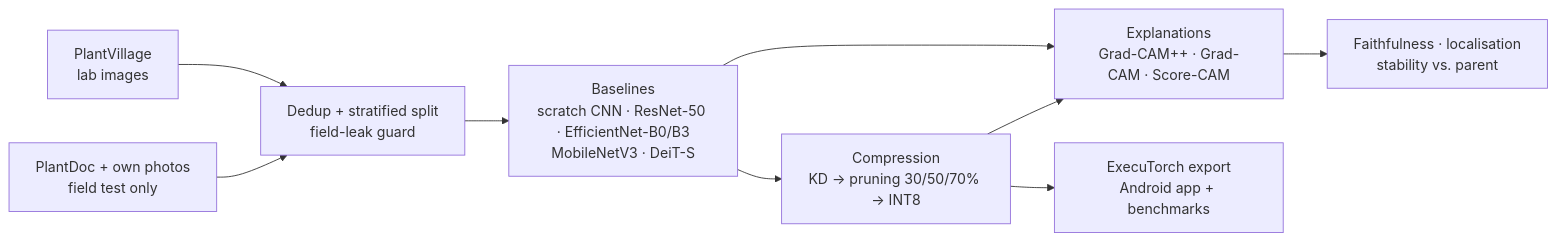
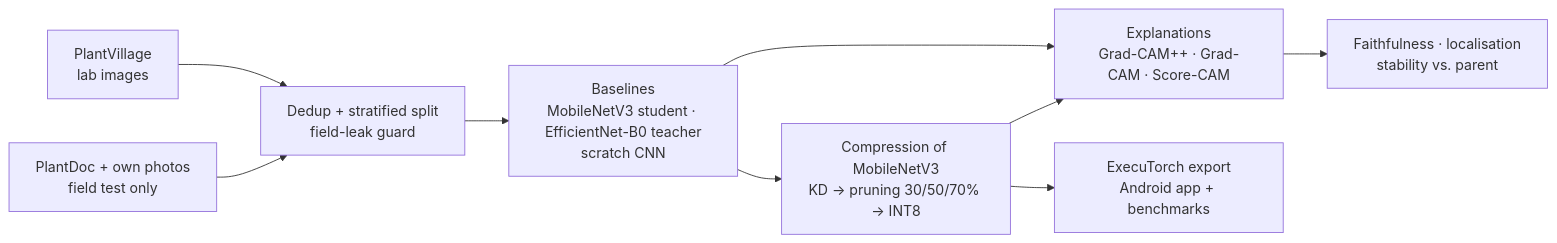
Before and after one commit to ranjanvrma/crop-disease-xai: the diagram in README.md, drawn with Mermaid. The commit also changed other lines of this file and 20 other files, not shown here.

````diff
--- a/README.md
+++ b/README.md
@@ -46,11 +50,11 @@
 ```mermaid
 flowchart LR
     A[PlantVillage<br/>lab images] --> B[Dedup + stratified split<br/>field-leak guard]
     F[PlantDoc + own photos<br/>field test only] --> B
-    B --> C[Baselines<br/>scratch CNN · ResNet-50 · EfficientNet-B0/B3<br/>MobileNetV3 · DeiT-S]
+    B --> C[Baselines<br/>MobileNetV3 student · EfficientNet-B0 teacher<br/>scratch CNN]
     C --> D[Explanations<br/>Grad-CAM++ · Grad-CAM · Score-CAM]
-    C --> E[Compression<br/>KD → pruning 30/50/70% → INT8]
+    C --> E[Compression of MobileNetV3<br/>KD → pruning 30/50/70% → INT8]
     E --> D
     D --> G[Faithfulness · localisation<br/>stability vs. parent]
     E --> H[ExecuTorch export<br/>Android app + benchmarks]
 ```
````
